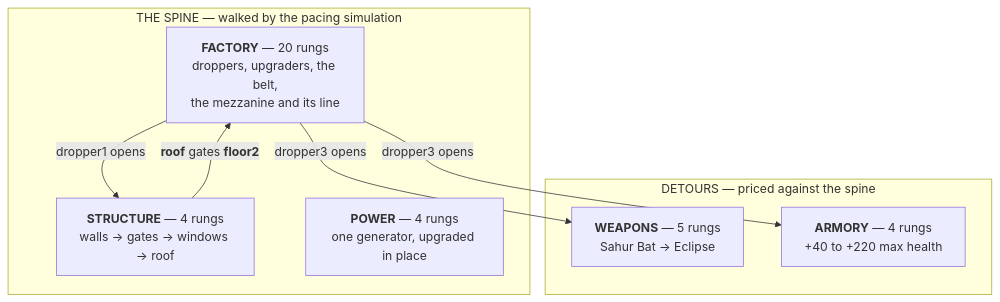
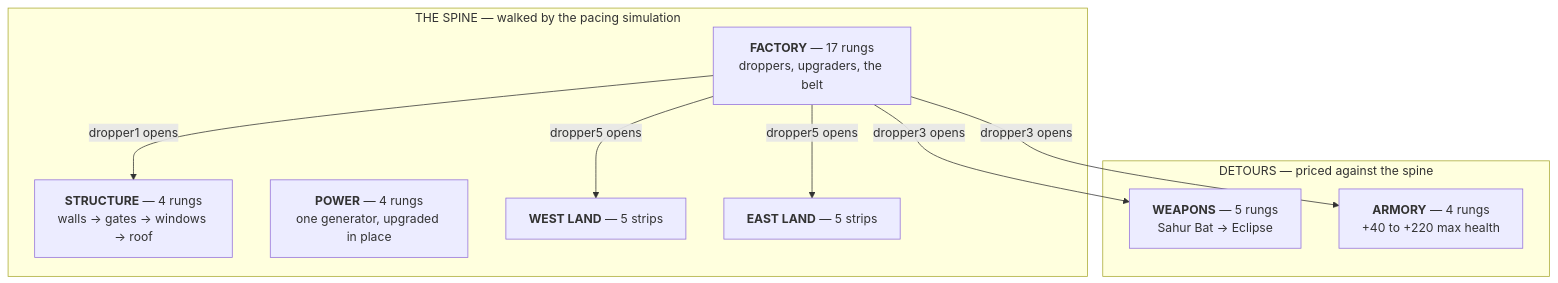
Before and after one commit to adit-rah/ttt: the fourth of 6 diagrams in docs/design/GAME.md, drawn with Mermaid. The commit also changed other lines of this file and 26 other files, not shown here.

First line of the commit message:
Extensible plot: land outward from the centre, floor system retired (#129)

````diff
--- a/docs/design/GAME.md
+++ b/docs/design/GAME.md
@@ -154,16 +154,19 @@
 ```mermaid
 graph TD
     subgraph spine["THE SPINE — walked by the pacing simulation"]
-        F["<b>FACTORY</b> — 20 rungs<br/>droppers, upgraders, the belt,<br/>the mezzanine and its line"]
+        F["<b>FACTORY</b> — 17 rungs<br/>droppers, upgraders, the belt"]
         S["<b>STRUCTURE</b> — 4 rungs<br/>walls → gates → windows → roof"]
         P["<b>POWER</b> — 4 rungs<br/>one generator, upgraded in place"]
+        LL["<b>WEST LAND</b> — 5 strips"]
+        LR2["<b>EAST LAND</b> — 5 strips"]
     end
     subgraph side["DETOURS — priced against the spine"]
         W["<b>WEAPONS</b> — 5 rungs<br/>Sahur Bat → Eclipse"]
         A["<b>ARMORY</b> — 4 rungs<br/>+40 to +220 max health"]
     end
     F -->|"dropper1 opens"| S
     F -->|"dropper3 opens"| W
     F -->|"dropper3 opens"| A
-    S -->|"<b>roof</b> gates <b>floor2</b>"| F
+    F -->|"dropper5 opens"| LL
+    F -->|"dropper5 opens"| LR2
 ```
````
